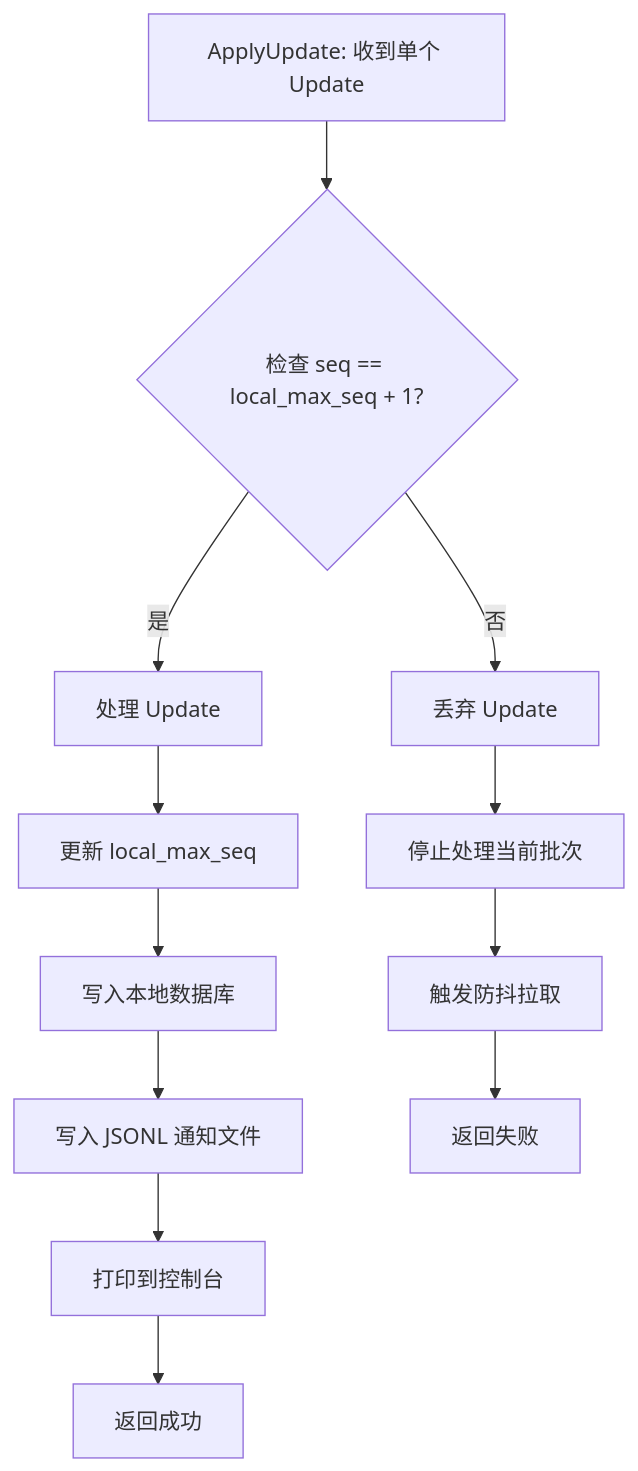
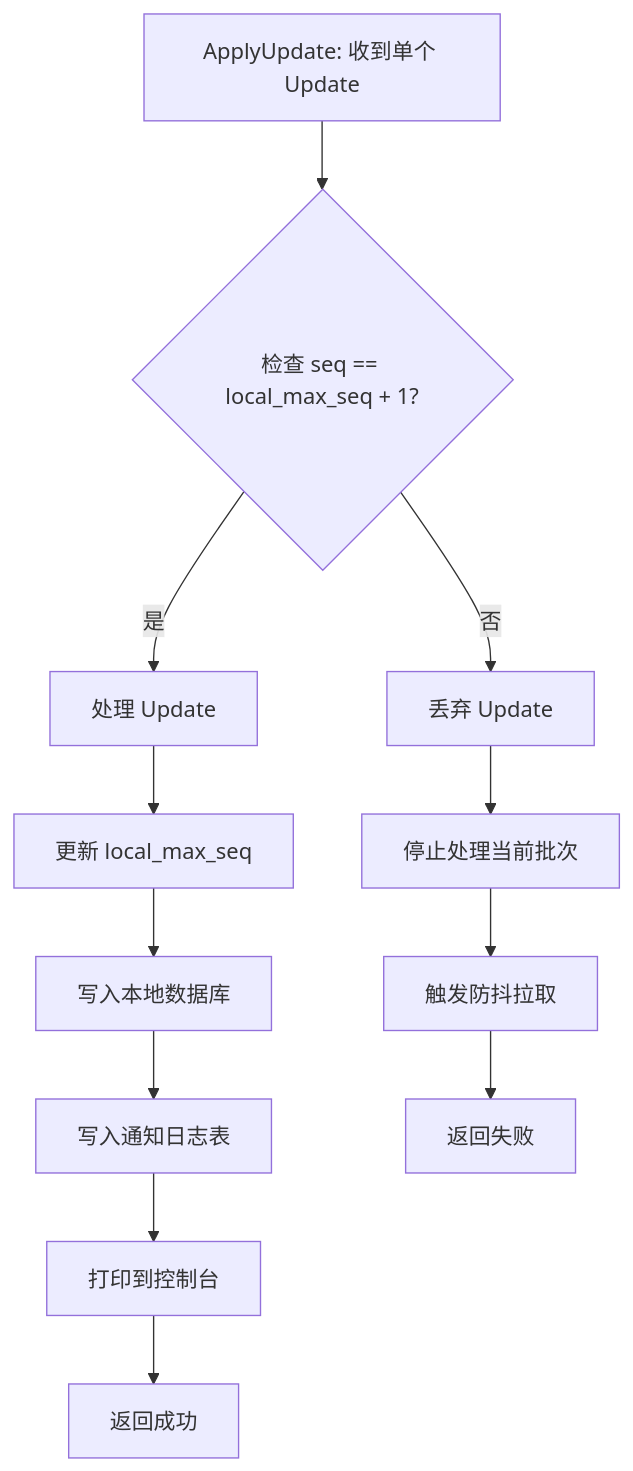
Before and after one commit to PineappleBond/xyncra-server: the first of 6 diagrams in docs/plans/2026-07-08-xyncra-client-design.md, drawn with Mermaid. The commit also changed other lines of this file, not shown here.

````diff
--- a/docs/plans/2026-07-08-xyncra-client-design.md
+++ b/docs/plans/2026-07-08-xyncra-client-design.md
@@ -212,15 +213,15 @@
 ```mermaid
 flowchart TD
     A[ApplyUpdate: 收到单个 Update] --> B{检查 seq == local_max_seq + 1?}
     B -->|是| C[处理 Update]
     C --> D[更新 local_max_seq]
     D --> E[写入本地数据库]
-    E --> F[写入 JSONL 通知文件]
+    E --> F[写入通知日志表]
     F --> G[打印到控制台]
     G --> H[返回成功]
     
     B -->|否| I[丢弃 Update]
     I --> J[停止处理当前批次]
     J --> K[触发防抖拉取]
     K --> L[返回失败]
 ```
````
